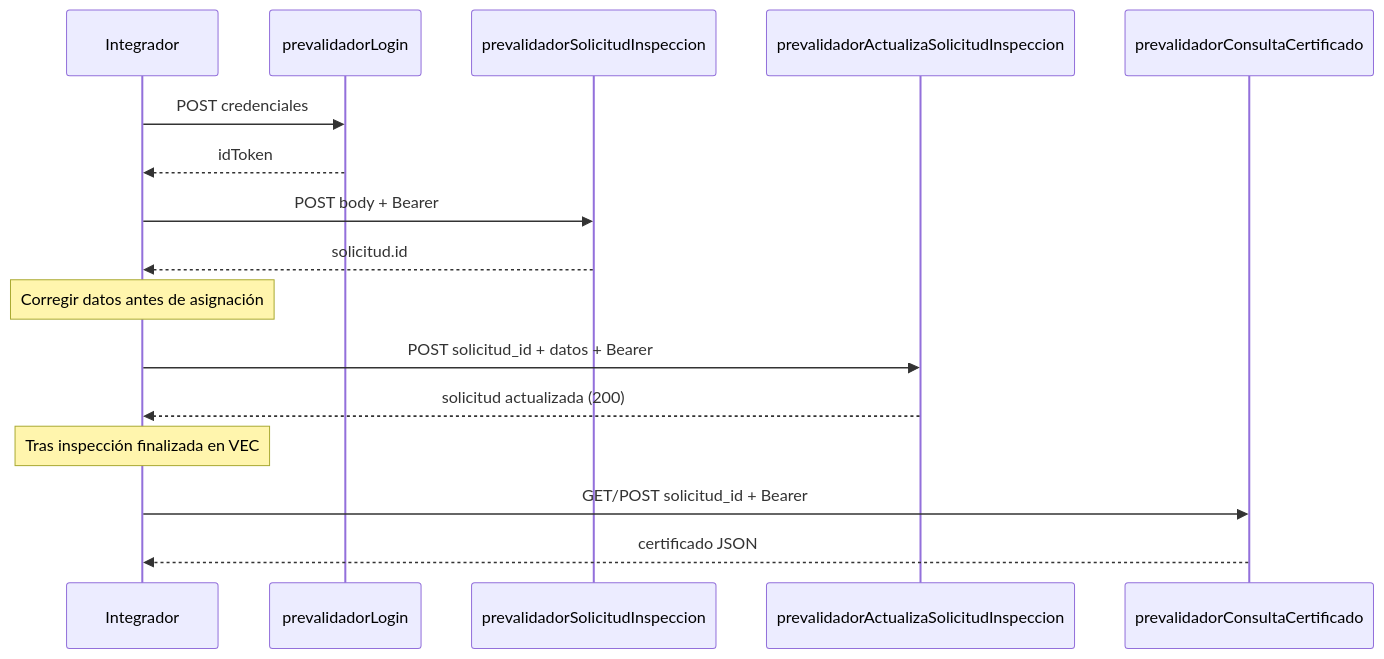
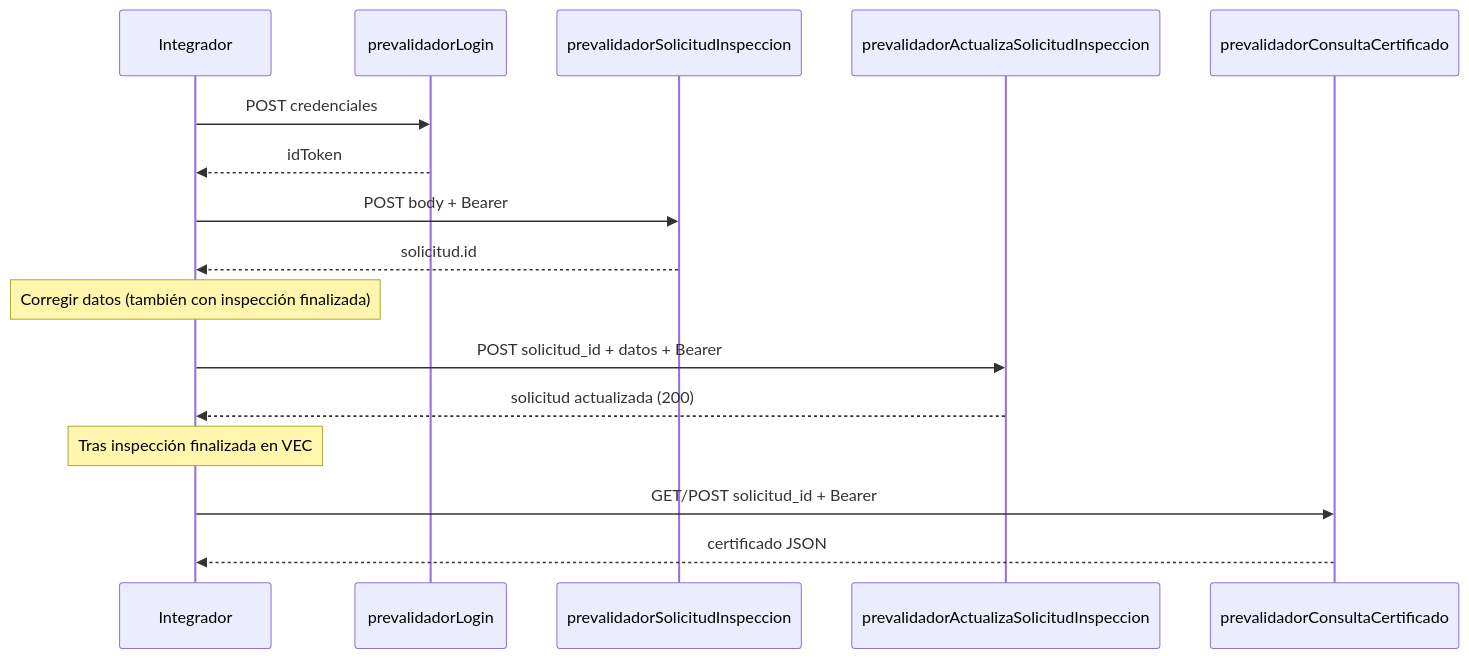
One commit to cuauhtemocvs/documentacion-vec changed the diagram in prevalidador/prevalidador-actualiza-solicitud-inspeccion.md. Above: the diagram before and after it, drawn with Mermaid. The commit also changed other lines of this file and 2 other files, not shown here.

Commit message:
Aceptar prevalidadorActualizaSolicitudInspeccion sin importar el status de la inspección

````diff
--- a/prevalidador/prevalidador-actualiza-solicitud-inspeccion.md
+++ b/prevalidador/prevalidador-actualiza-solicitud-inspeccion.md
@@ -194,19 +182,19 @@
 ```mermaid
 sequenceDiagram
   participant API as Integrador
   participant Login as prevalidadorLogin
   participant Crear as prevalidadorSolicitudInspeccion
   participant Actualizar as prevalidadorActualizaSolicitudInspeccion
   participant Cert as prevalidadorConsultaCertificado
 
   API->>Login: POST credenciales
   Login-->>API: idToken
   API->>Crear: POST body + Bearer
   Crear-->>API: solicitud.id
-  Note over API: Corregir datos antes de asignación
+  Note over API: Corregir datos (también con inspección finalizada)
   API->>Actualizar: POST solicitud_id + datos + Bearer
   Actualizar-->>API: solicitud actualizada (200)
   Note over API: Tras inspección finalizada en VEC
   API->>Cert: GET/POST solicitud_id + Bearer
   Cert-->>API: certificado JSON
 ```
````
